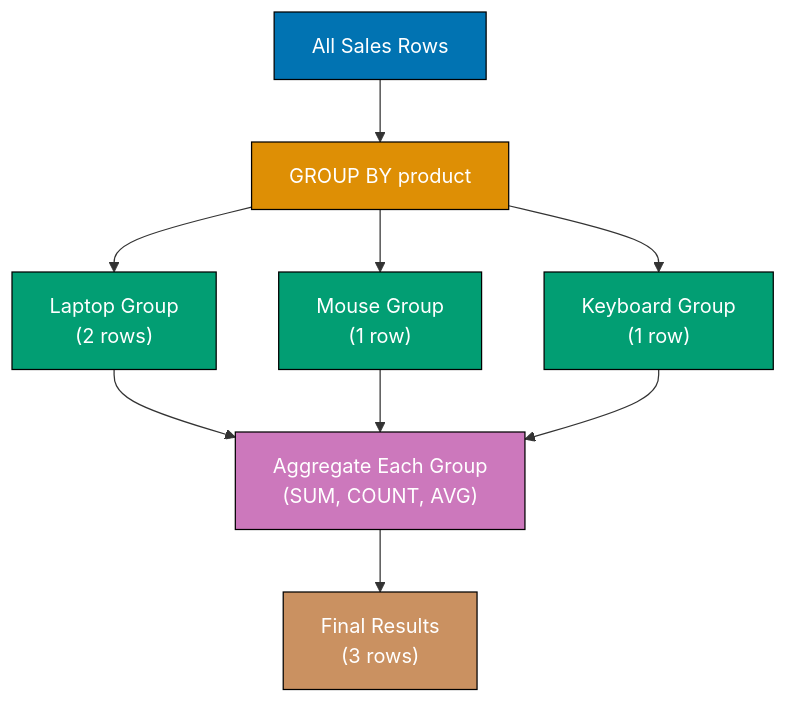
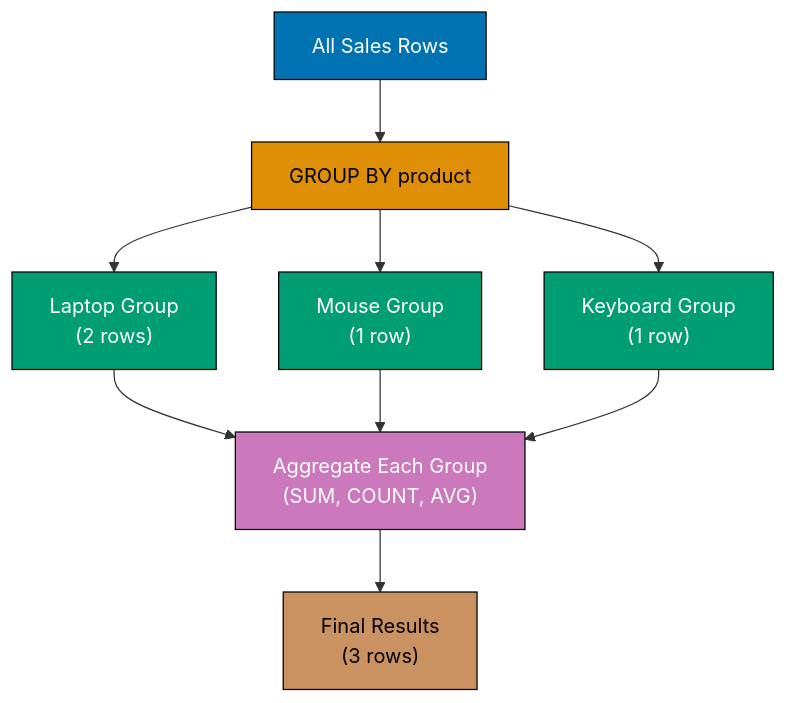
Before and after one commit to wahidyankf/open-sharia-enterprise: the fifth of 8 diagrams in apps/ayokoding-web/content/en/learn/software-engineering/data/databases/postgresql/by-example/beginner.md, drawn with Mermaid. The commit also changed other lines of this file and 157 other files, not shown here.

````diff
--- a/apps/ayokoding-web/content/en/learn/software-engineering/data/databases/postgresql/by-example/beginner.md
+++ b/apps/ayokoding-web/content/en/learn/software-engineering/data/databases/postgresql/by-example/beginner.md
@@ -1240,28 +1246,28 @@
 ```mermaid
 %% Color Palette: Blue #0173B2, Orange #DE8F05, Teal #029E73, Purple #CC78BC, Brown #CA9161
 graph TD
     A["All Sales Rows"]
     B["GROUP BY product"]
     C["Laptop Group<br/>(2 rows)"]
     D["Mouse Group<br/>(1 row)"]
     E["Keyboard Group<br/>(1 row)"]
     F["Aggregate Each Group<br/>(SUM, COUNT, AVG)"]
     G["Final Results<br/>(3 rows)"]
 
     A --> B
     B --> C
     B --> D
     B --> E
     C --> F
     D --> F
     E --> F
     F --> G
 
     style A fill:#0173B2,stroke:#000,color:#fff
-    style B fill:#DE8F05,stroke:#000,color:#fff
+    style B fill:#DE8F05,stroke:#000,color:#000
     style C fill:#029E73,stroke:#000,color:#fff
     style D fill:#029E73,stroke:#000,color:#fff
     style E fill:#029E73,stroke:#000,color:#fff
     style F fill:#CC78BC,stroke:#000,color:#fff
-    style G fill:#CA9161,stroke:#000,color:#fff
+    style G fill:#CA9161,stroke:#000,color:#000
 ```
````
